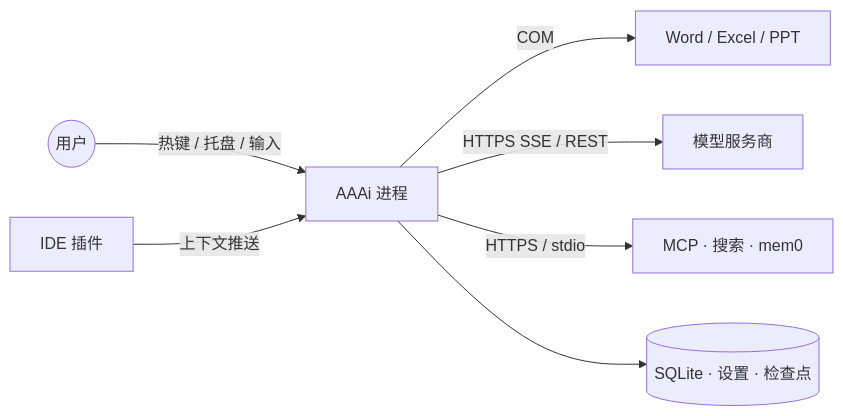
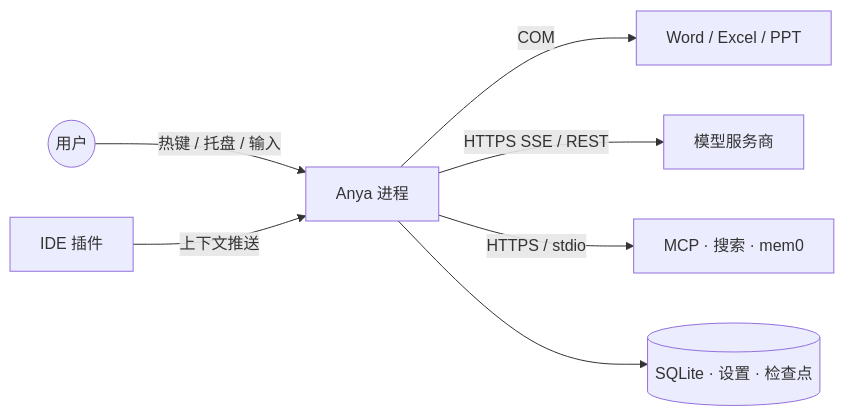
One commit to rururunu/AAAi changed the first of 11 diagrams in docs/architecture-overview.zh-CN.md. Above: the diagram before and after it, drawn with Mermaid. The commit also changed other lines of this file and 153 other files, not shown here.

Commit message:
feat: Anya 品牌化、自定义厂商预设与聊天/存储优化 - 产品更名 Anya（图标、文档、发版产物与 eval 二进制） - 自定义提供商：MiMo / 智谱 GLM / 火山方舟 / MiniMax / Kimi 预设与图标；OpenAI /v1/models 拉模型；设置页与引导页对齐 - 会话 SQLite：索引、journal 批量写入、大 JSON 截断、按会话懒加载，降低写放大 - 思考过程续轮/折叠与工作时间线体验优化；输入区附件/文件树与提及相关改进 - 清理未使用 API，消除 dead_code 编译告警

````diff
--- a/docs/architecture-overview.zh-CN.md
+++ b/docs/architecture-overview.zh-CN.md
@@ -46,9 +46,9 @@
 ```mermaid
 flowchart LR
-  User((用户)) -->|热键 / 托盘 / 输入| Host[AAAi 进程]
+  User((用户)) -->|热键 / 托盘 / 输入| Host[Anya 进程]
   IDE[IDE 插件] -->|上下文推送| Host
   Host -->|COM| Office[Word / Excel / PPT]
   Host -->|HTTPS SSE / REST| LLM[模型服务商]
   Host -->|HTTPS / stdio| Aux[MCP · 搜索 · mem0]
   Host --> Disk[(SQLite · 设置 · 检查点)]
 ```
````
